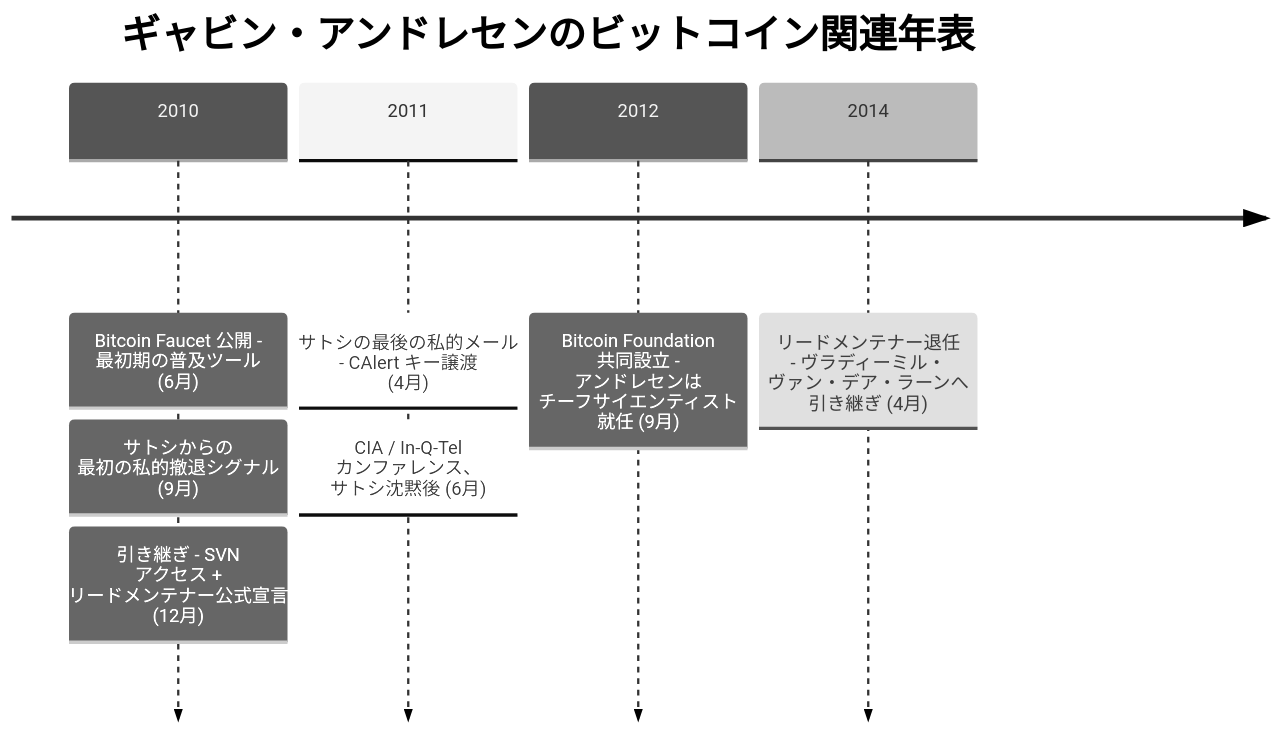
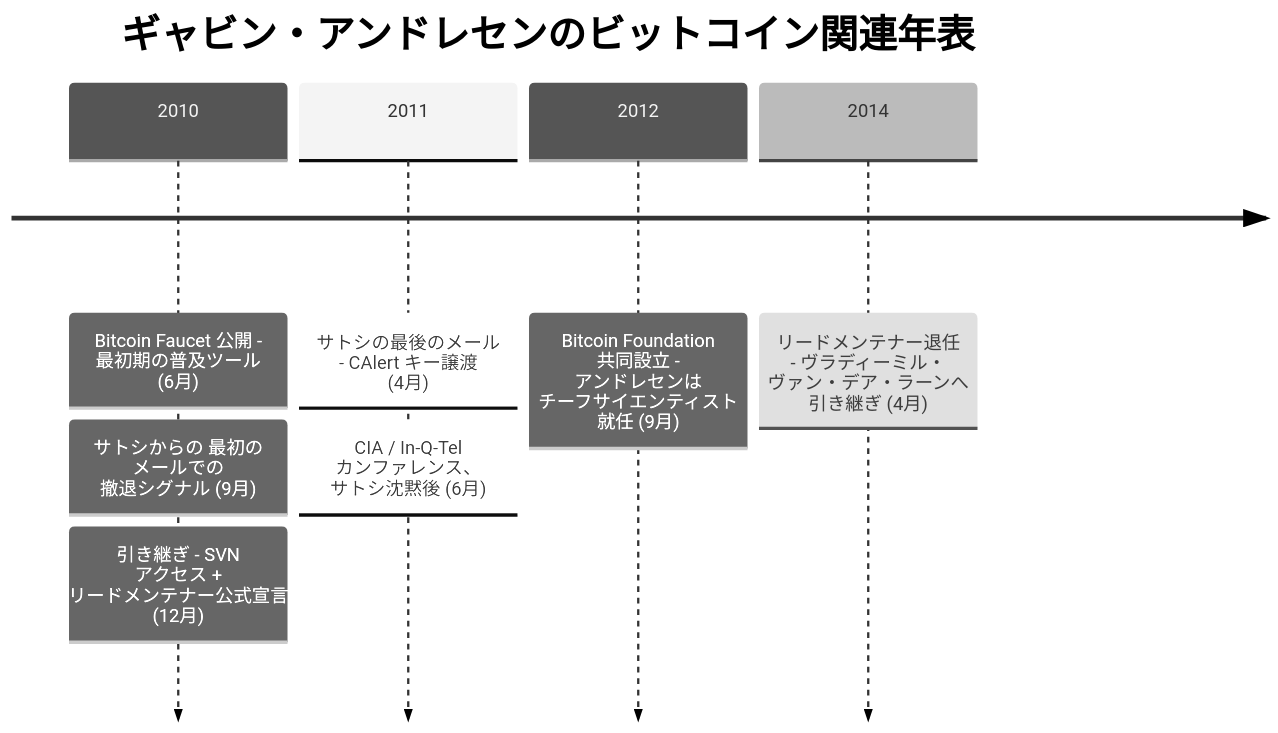
The diagram in src/data/translations/ja/aftermath/2010-06-11-gavin-andresen-biography.md (cypher256/BitcoinArchive), drawn with Mermaid (neutral theme) before and after one commit. The commit also changed other lines of this file and 30 other files, not shown here.

````diff
--- a/src/data/translations/ja/aftermath/2010-06-11-gavin-andresen-biography.md
+++ b/src/data/translations/ja/aftermath/2010-06-11-gavin-andresen-biography.md
@@ -59,11 +59,11 @@
 ```mermaid
 timeline
     title ギャビン・アンドレセンのビットコイン関連年表
     2010 : Bitcoin Faucet 公開 - 最初期の普及ツール (6月)
-         : サトシからの 最初の私的撤退シグナル (9月)
+         : サトシからの 最初の メールでの 撤退シグナル (9月)
          : 引き継ぎ - SVN アクセス + リードメンテナー公式宣言 (12月)
-    2011 : サトシの最後の私的メール - CAlert キー譲渡 (4月)
+    2011 : サトシの最後のメール - CAlert キー譲渡 (4月)
          : CIA / In-Q-Tel カンファレンス、 サトシ沈黙後 (6月)
     2012 : Bitcoin Foundation 共同設立 - アンドレセンは チーフサイエンティスト 就任 (9月)
     2014 : リードメンテナー退任 - ヴラディーミル・ ヴァン・デア・ラーンへ 引き継ぎ (4月)
 ```
````
